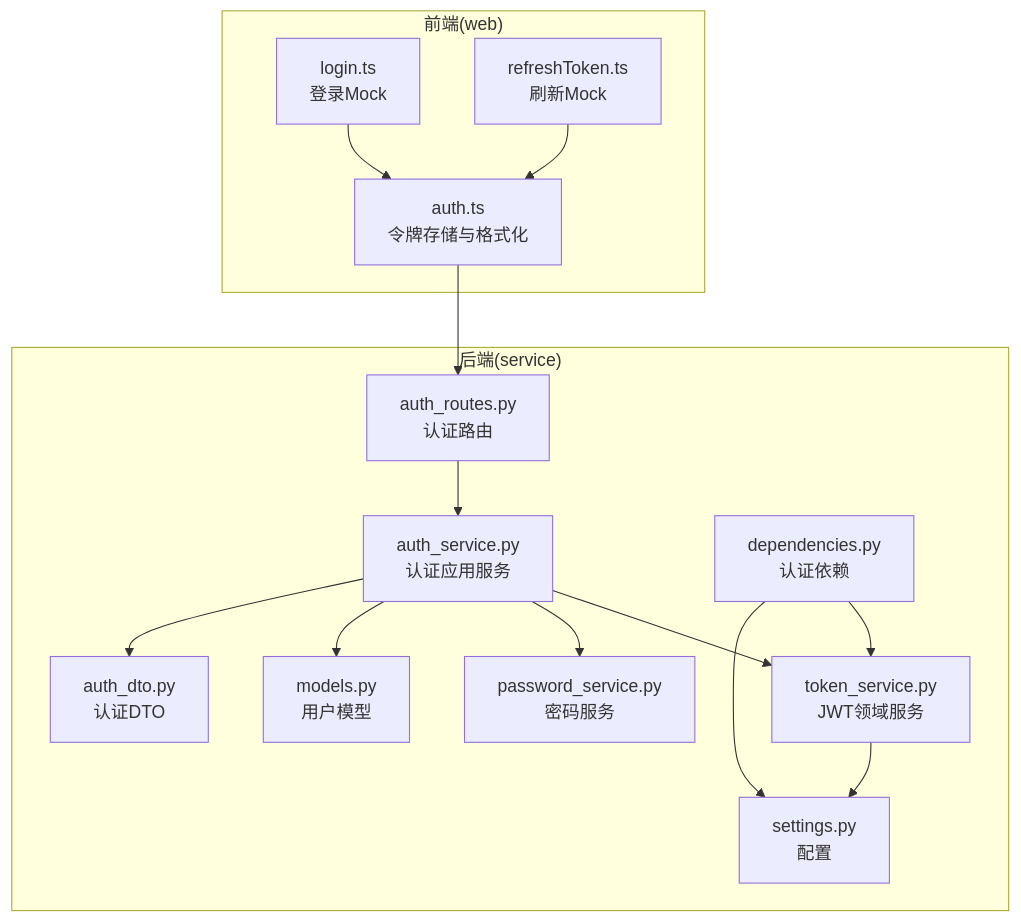
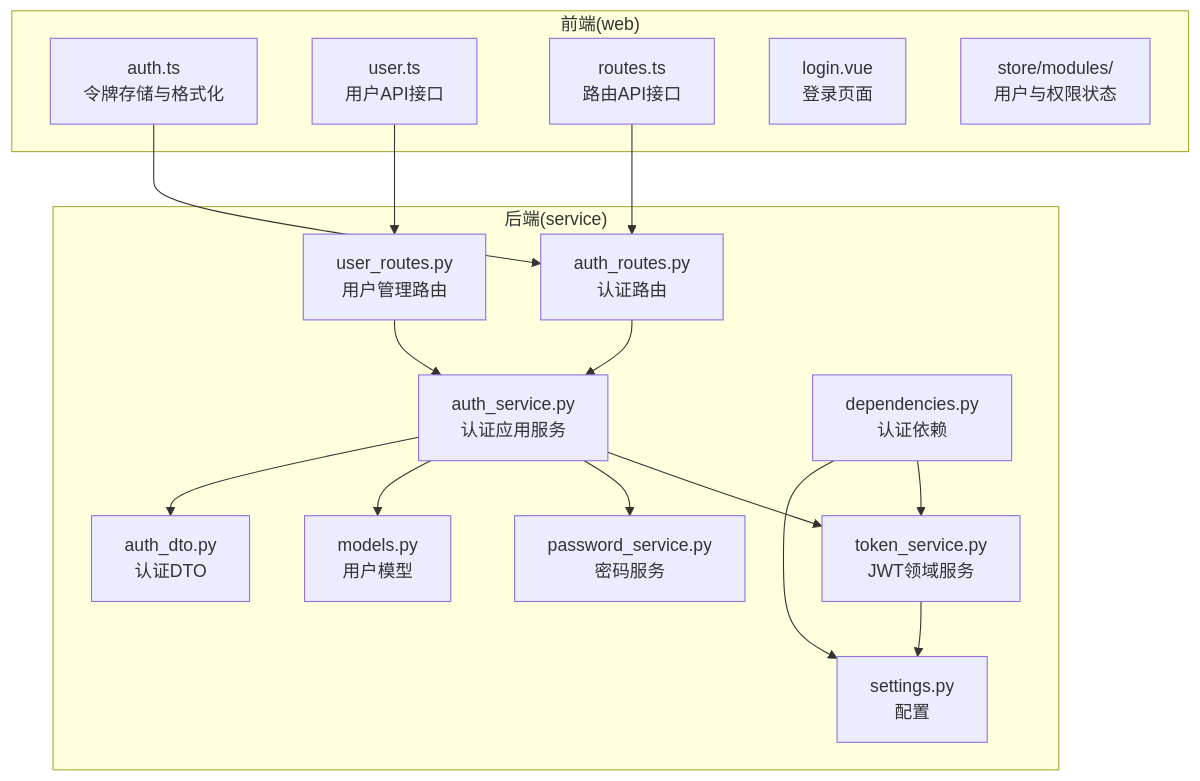
One commit to taoweidong/Hello-FastApi changed the first of 9 diagrams in .qoder/repowiki/zh/content/项目概述/核心特性/认证系统/JWT 令牌管理.md. Above: the diagram before and after it, drawn with Mermaid. The commit also changed other lines of this file and 19 other files, not shown here.

````diff
--- a/.qoder/repowiki/zh/content/项目概述/核心特性/认证系统/JWT 令牌管理.md
+++ b/.qoder/repowiki/zh/content/项目概述/核心特性/认证系统/JWT 令牌管理.md
@@ -43,29 +55,33 @@
 ```mermaid
 graph TB
 subgraph "前端(web)"
 FE_AUTH["auth.ts<br/>令牌存储与格式化"]
-MOCK_LOGIN["login.ts<br/>登录Mock"]
-MOCK_REFRESH["refreshToken.ts<br/>刷新Mock"]
+FE_USER_API["user.ts<br/>用户API接口"]
+FE_ROUTE_API["routes.ts<br/>路由API接口"]
+FE_LOGIN["login.vue<br/>登录页面"]
+FE_STORE["store/modules/<br/>用户与权限状态"]
 end
 subgraph "后端(service)"
-API["auth_routes.py<br/>认证路由"]
+API_AUTH["auth_routes.py<br/>认证路由"]
+API_USER["user_routes.py<br/>用户管理路由"]
 APP_SVC["auth_service.py<br/>认证应用服务"]
 DOMAIN_TOKEN["token_service.py<br/>JWT领域服务"]
 DOMAIN_PWD["password_service.py<br/>密码服务"]
 DTO["auth_dto.py<br/>认证DTO"]
 DEPS["dependencies.py<br/>认证依赖"]
 CFG["settings.py<br/>配置"]
 MODELS["models.py<br/>用户模型"]
 end
-FE_AUTH --> API
-MOCK_LOGIN --> FE_AUTH
-MOCK_REFRESH --> FE_AUTH
-API --> APP_SVC
+FE_AUTH --> API_AUTH
+FE_USER_API --> API_USER
+FE_ROUTE_API --> API_AUTH
+API_AUTH --> APP_SVC
+API_USER --> APP_SVC
 APP_SVC --> DOMAIN_TOKEN
 APP_SVC --> DOMAIN_PWD
 APP_SVC --> MODELS
 DEPS --> DOMAIN_TOKEN
 APP_SVC --> DTO
 DOMAIN_TOKEN --> CFG
 DEPS --> CFG
 ```
````
